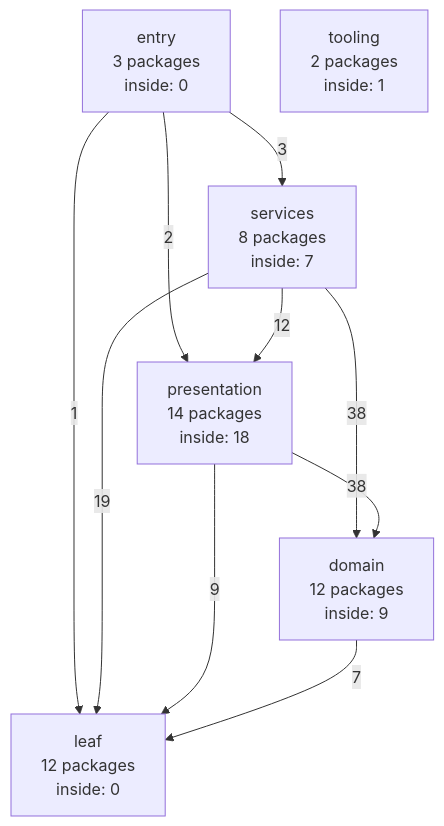
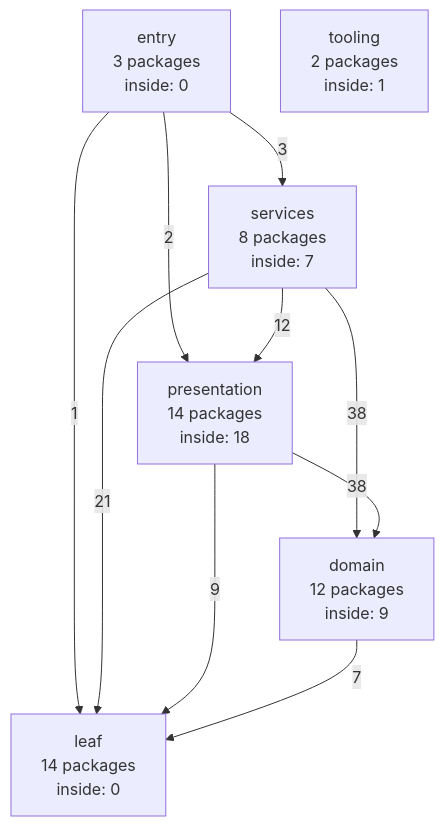
The diagram in docs/internals/generated/package-graph.md (ladydascalie/dm), drawn with Mermaid before and after one commit. The commit also changed other lines of this file and 18 other files, not shown here.

````diff
--- a/docs/internals/generated/package-graph.md
+++ b/docs/internals/generated/package-graph.md
@@ -58,18 +58,18 @@
 ```mermaid
 flowchart TD
   entry["entry<br/>3 packages<br/>inside: 0"]
   services["services<br/>8 packages<br/>inside: 7"]
   presentation["presentation<br/>14 packages<br/>inside: 18"]
   domain["domain<br/>12 packages<br/>inside: 9"]
-  leaf["leaf<br/>12 packages<br/>inside: 0"]
+  leaf["leaf<br/>14 packages<br/>inside: 0"]
   tooling["tooling<br/>2 packages<br/>inside: 1"]
   entry -->|3| services
   entry -->|2| presentation
   entry -->|1| leaf
   services -->|12| presentation
   services -->|38| domain
-  services -->|19| leaf
+  services -->|21| leaf
   presentation -->|38| domain
   presentation -->|9| leaf
   domain -->|7| leaf
 ```
````
